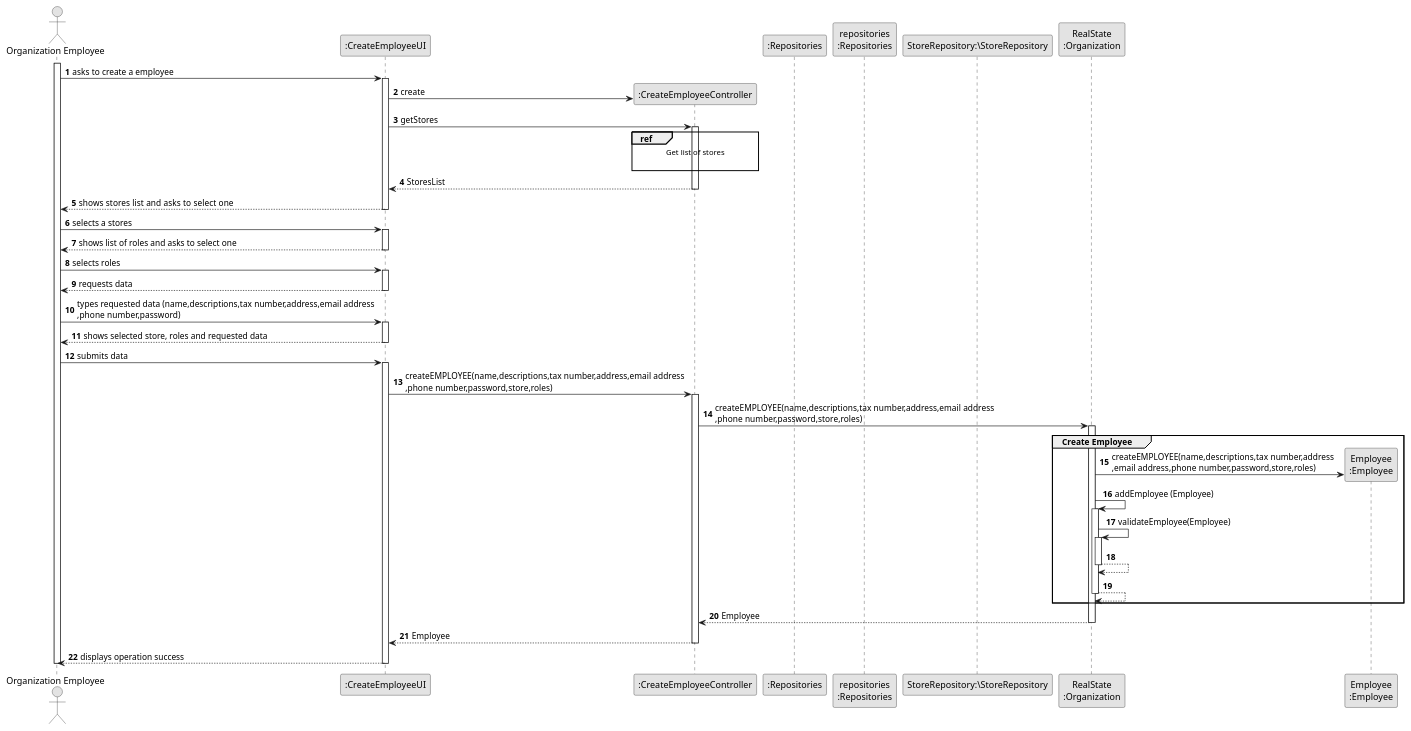
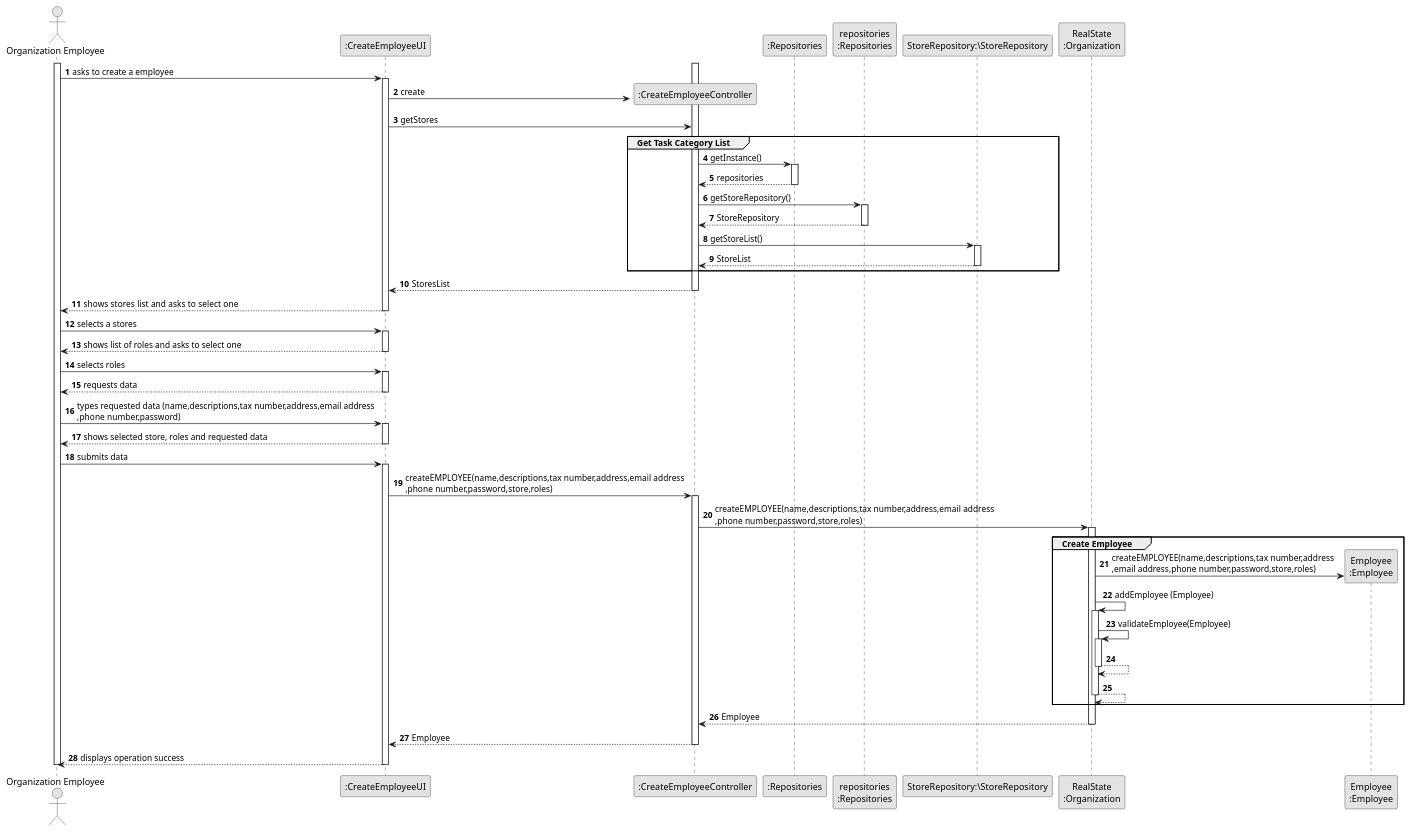
The diagram in lei-22-s2-1do-g68/docs/SprintB/us003/03.design/puml/us003-sequence-diagram-full.puml (hugosilva2901/lei-22-s2-1DO-g68), drawn with PlantUML before and after one commit. The commit also changed 5 other files, not shown here.

```diff
--- a/lei-22-s2-1do-g68/docs/SprintB/us003/03.design/puml/us003-sequence-diagram-full.puml
+++ b/lei-22-s2-1do-g68/docs/SprintB/us003/03.design/puml/us003-sequence-diagram-full.puml
@@ -1,90 +1,109 @@
 @startuml
 skinparam monochrome true
 skinparam packageStyle rectangle
 skinparam shadowing false
 
 autonumber
 
 'hide footbox
 actor "Organization Employee" as ADM
 participant ":CreateEmployeeUI" as UI
 participant ":CreateEmployeeController" as CTRL
 participant ":Repositories" as RepositorySingleton
 participant "repositories\n:Repositories" as PLAT
 participant "StoreRepository:\StoreRepository" as StoreRepository
 participant "RealState\n:Organization" as ORG
 participant "Employee\n:Employee" as TAREFA
 
 activate ADM
 
     ADM -> UI : asks to create a employee
 
     activate UI
 
         UI -> CTRL** : create
         UI -> CTRL : getStores
 
-        ref over CTRL
-            Get list of stores
+group Get Task Category List
 
-        end ref
+
+            CTRL -> RepositorySingleton : getInstance()
+            activate RepositorySingleton
+
+                RepositorySingleton --> CTRL: repositories
+            deactivate RepositorySingleton
+
+            CTRL -> PLAT : getStoreRepository()
+            activate PLAT
+
+                PLAT --> CTRL: StoreRepository
+            deactivate PLAT
+
+            CTRL -> StoreRepository : getStoreList()
+            activate StoreRepository
+
+                StoreRepository --> CTRL : StoreList
+            deactivate StoreRepository
+
+
+    end
 
         activate CTRL
 
             CTRL --> UI : StoresList
         deactivate CTRL
 
         UI --> ADM : shows  stores list and asks to select one
     deactivate UI
     ADM -> UI : selects a stores
 
     activate UI
 
     UI --> ADM : shows list of roles and asks to select one
 
 
     deactivate UI
     ADM -> UI : selects roles
         activate UI
 
             UI --> ADM : requests data
         deactivate UI
         ADM -> UI : types requested data (name,descriptions,tax number,address,email address\n,phone number,password)
         activate UI
 
         UI --> ADM : shows selected store, roles and requested data
         deactivate UI
         ADM -> UI : submits data
      activate UI
 
      UI -> CTRL : createEMPLOYEE(name,descriptions,tax number,address,email address\n,phone number,password,store,roles)
     activate CTRL
 
       CTRL -> ORG: createEMPLOYEE(name,descriptions,tax number,address,email address\n,phone number,password,store,roles)
                  activate ORG
 
                        group Create Employee
 
                              ORG -> TAREFA**: createEMPLOYEE(name,descriptions,tax number,address\n,email address,phone number,password,store,roles)
                              ORG -> ORG: addEmployee (Employee)
 
                              activate ORG
                                  ORG -> ORG: validateEmployee(Employee)
                                  activate ORG
                                      ORG --> ORG
                                  deactivate ORG
 
                                  ORG --> ORG
                              deactivate ORG
                          end
 
                      ORG --> CTRL : Employee
                  deactivate ORG
                 CTRL --> UI: Employee
               deactivate CTRL
               UI --> ADM: displays operation success
       deactivate UI
 
 deactivate ADM
 
 @enduml
```
